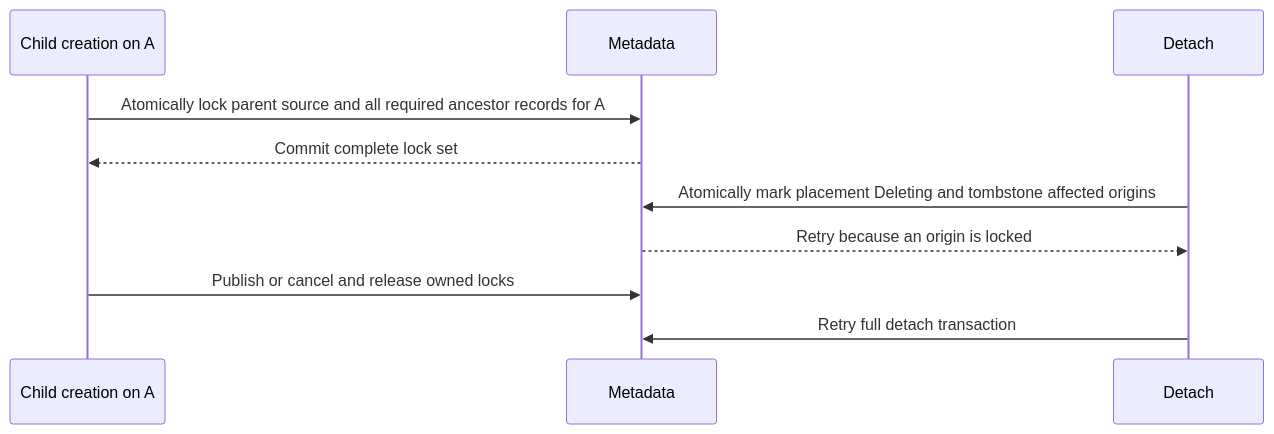
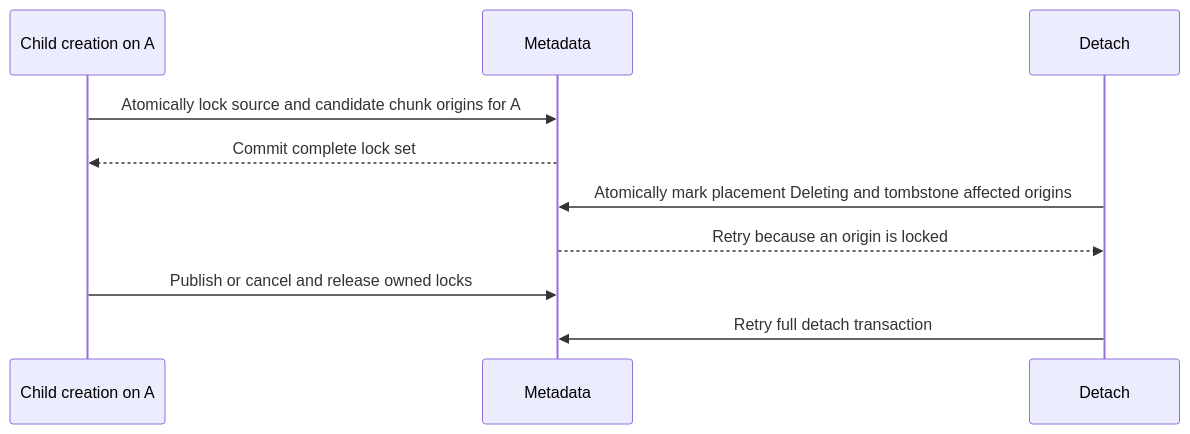
The first of 3 diagrams in doc/disk_manager/chunk_storage/design_doc_placements.md (ydb-platform/nbs), drawn with Mermaid before and after one commit. The commit also changed other lines of this file, not shown here.

````diff
--- a/doc/disk_manager/chunk_storage/design_doc_placements.md
+++ b/doc/disk_manager/chunk_storage/design_doc_placements.md
@@ -441,12 +447,12 @@
 ```mermaid
 sequenceDiagram
     participant C as Child creation on A
     participant M as Metadata
     participant D as Detach
-    C->>M: Atomically lock parent source and all required ancestor records for A
+    C->>M: Atomically lock source and candidate chunk origins for A
     M-->>C: Commit complete lock set
     D->>M: Atomically mark placement Deleting and tombstone affected origins
     M-->>D: Retry because an origin is locked
     C->>M: Publish or cancel and release owned locks
     D->>M: Retry full detach transaction
 ```
````
